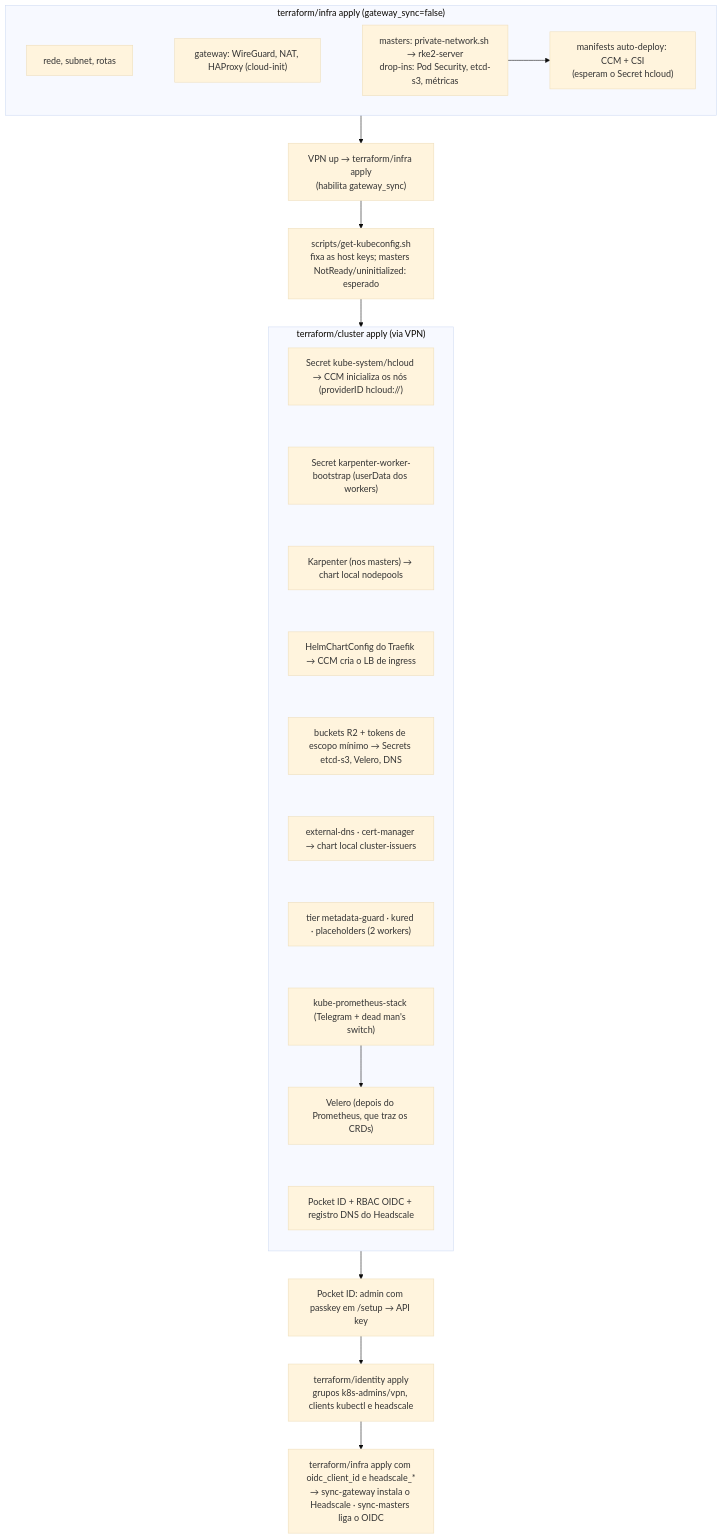
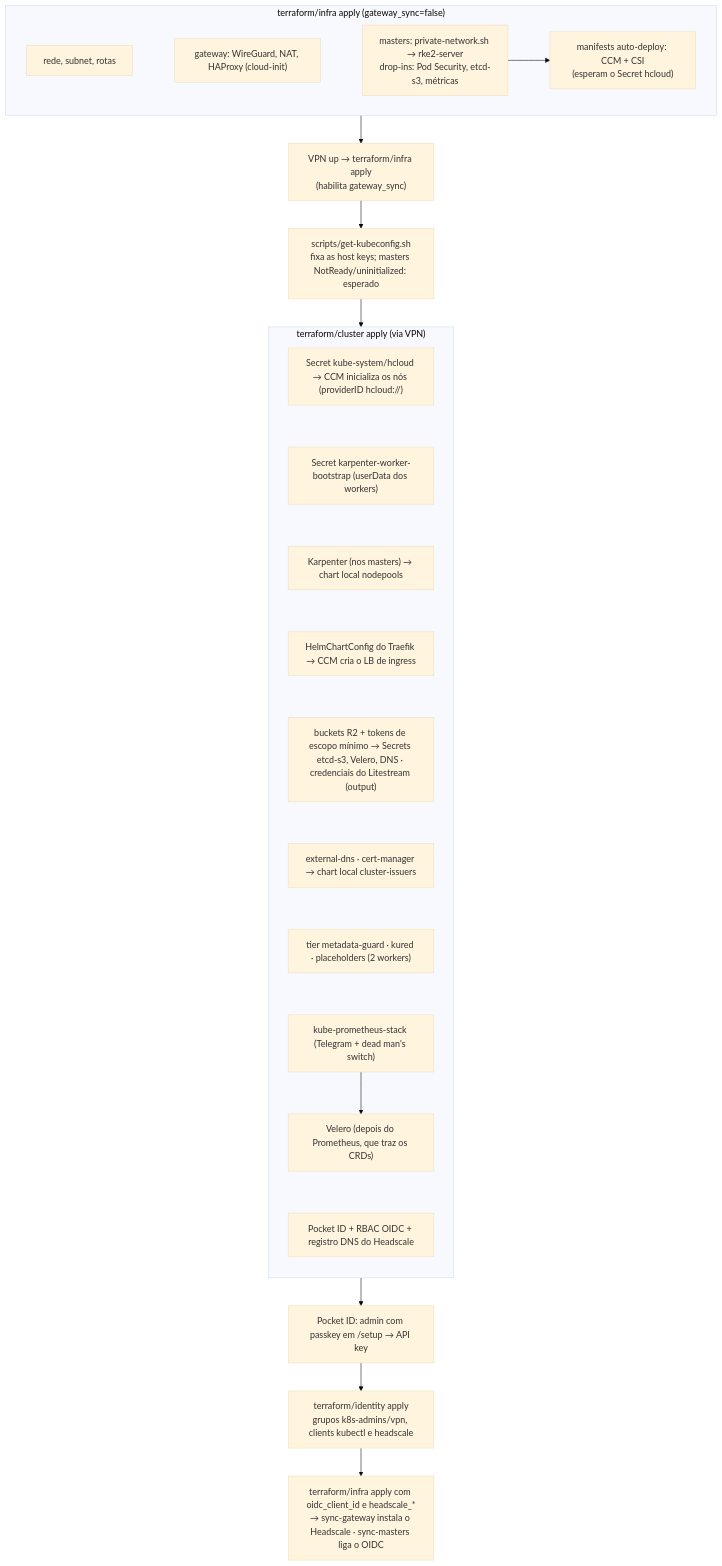
The sixth of 6 diagrams in docs/architecture.md (reginaldosousa/hetzner-rke2-terraform), drawn with Mermaid (base theme) before and after one commit. The commit also changed other lines of this file and 5 other files, not shown here.

````diff
--- a/docs/architecture.md
+++ b/docs/architecture.md
@@ -115,30 +115,30 @@
 ```mermaid
 flowchart TB
     subgraph infra1["terraform/infra apply (gateway_sync=false)"]
         net["rede, subnet, rotas"]
         gw["gateway: WireGuard, NAT, HAProxy (cloud-init)"]
         ms["masters: private-network.sh → rke2-server<br/>drop-ins: Pod Security, etcd-s3, métricas"]
         ccm["manifests auto-deploy: CCM + CSI<br/>(esperam o Secret hcloud)"]
         net ~~~ gw ~~~ ms --> ccm
     end
     infra1 --> vpn["VPN up → terraform/infra apply<br/>(habilita gateway_sync)"]
     vpn --> kc["scripts/get-kubeconfig.sh<br/>fixa as host keys; masters NotReady/uninitialized: esperado"]
     kc --> cluster
     subgraph cluster["terraform/cluster apply (via VPN)"]
         direction TB
         hs["Secret kube-system/hcloud → CCM inicializa os nós (providerID hcloud://)"]
         kb["Secret karpenter-worker-bootstrap (userData dos workers)"]
         kp["Karpenter (nos masters) → chart local nodepools"]
         tr["HelmChartConfig do Traefik → CCM cria o LB de ingress"]
-        cfr["buckets R2 + tokens de escopo mínimo → Secrets etcd-s3, Velero, DNS"]
+        cfr["buckets R2 + tokens de escopo mínimo → Secrets etcd-s3, Velero, DNS · credenciais do Litestream (output)"]
         dns["external-dns · cert-manager → chart local cluster-issuers"]
         sec["tier metadata-guard · kured · placeholders (2 workers)"]
         mon["kube-prometheus-stack (Telegram + dead man's switch)"]
         vel["Velero (depois do Prometheus, que traz os CRDs)"]
         pid["Pocket ID + RBAC OIDC + registro DNS do Headscale"]
         hs ~~~ kb ~~~ kp ~~~ tr ~~~ cfr ~~~ dns ~~~ sec ~~~ mon --> vel ~~~ pid
     end
     cluster --> setup["Pocket ID: admin com passkey em /setup → API key"]
     setup --> ident["terraform/identity apply<br/>grupos k8s-admins/vpn, clients kubectl e headscale"]
     ident --> infra2["terraform/infra apply com oidc_client_id e headscale_*<br/>→ sync-gateway instala o Headscale · sync-masters liga o OIDC"]
 ```
````
